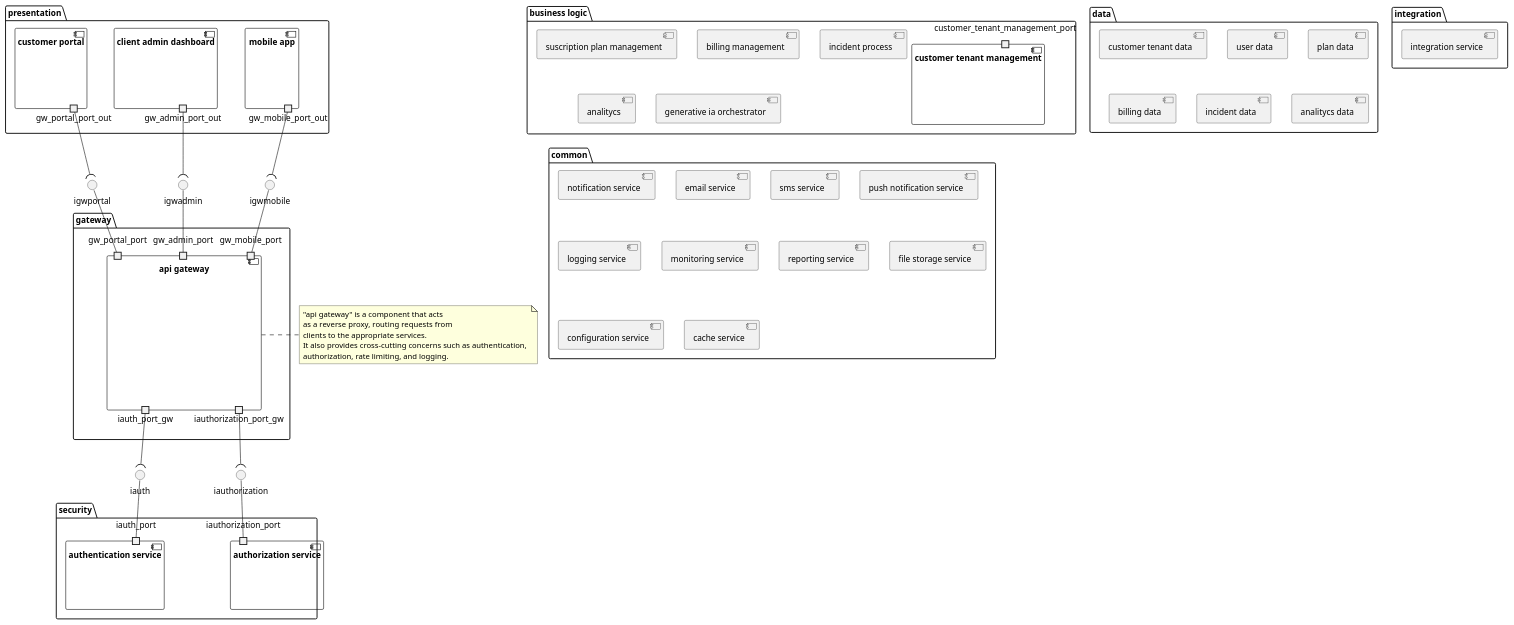
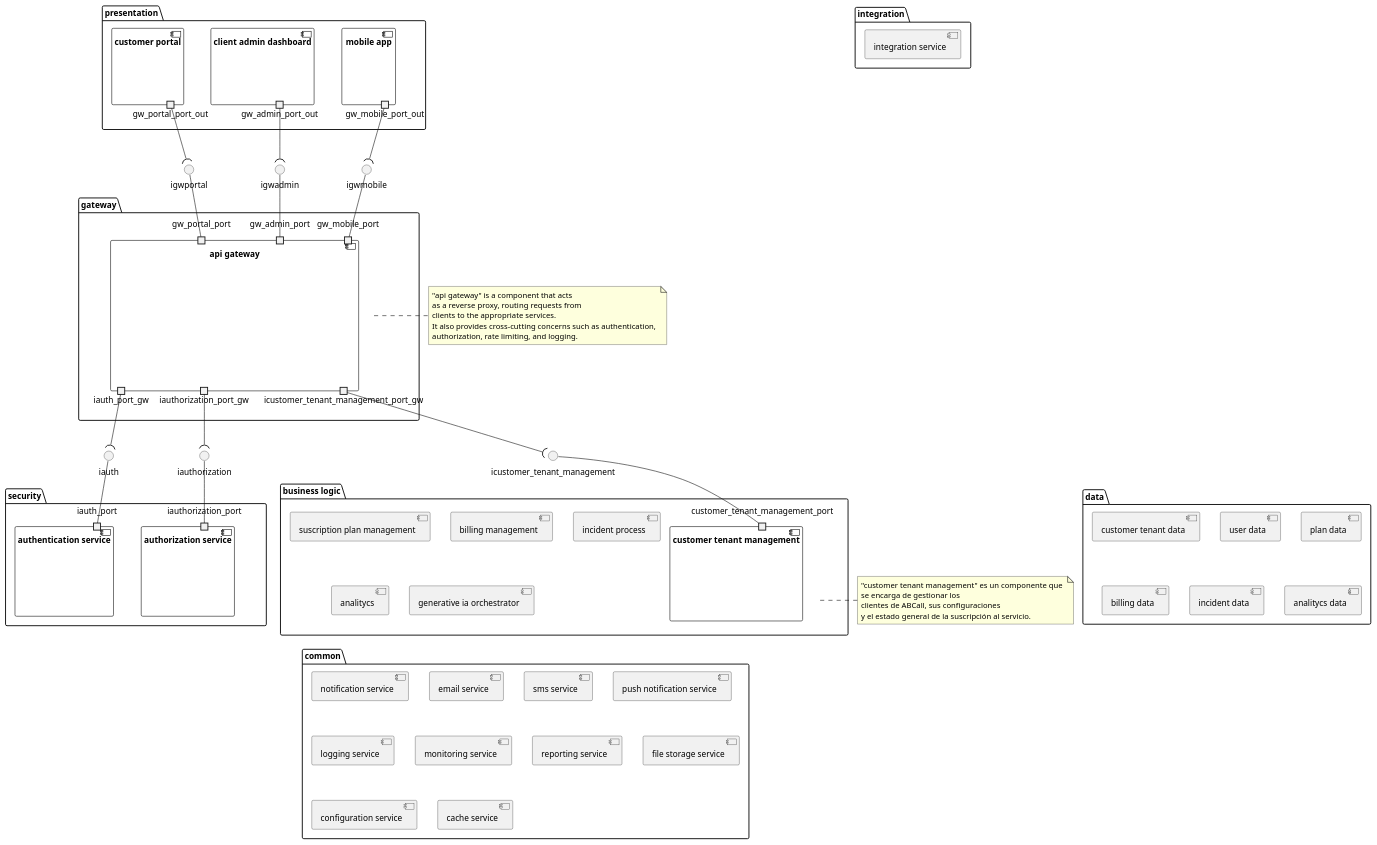
Before and after one commit to MISO-Proyecto-Final/Entregas-Proyecto-Final-G2: the diagram in diagramas-arquitectura/component-connector.puml, drawn with PlantUML.

Commit message:
icustomer_tenant_management

```diff
--- a/diagramas-arquitectura/component-connector.puml
+++ b/diagramas-arquitectura/component-connector.puml
@@ -1,100 +1,116 @@
 @startuml
 package "presentation" {
     component "customer portal"{
         portout gw_portal_port_out
     }
     component "client admin dashboard"{
         portout gw_admin_port_out
     }
     component "mobile app"{
         portout gw_mobile_port_out
     }
 }
 
 
 
 
 
 package "integration" {
     component "integration service"
 }
 
 package gateway {
     component "api gateway" {
         portin gw_portal_port
         portin gw_admin_port
         portin gw_mobile_port
         portout iauth_port_gw
         portout iauthorization_port_gw
+        portout icustomer_tenant_management_port_gw
     }
 
 }
 interface igwportal
 interface igwadmin
 interface igwmobile
 
 gw_portal_port -up- igwportal
 gw_admin_port -up- igwadmin
 gw_mobile_port -up- igwmobile
 
 gw_portal_port_out -down-( igwportal
 gw_admin_port_out -down-( igwadmin
 gw_mobile_port_out -down-( igwmobile
 note right of "api gateway" 
     "api gateway" is a component that acts 
     as a reverse proxy, routing requests from 
     clients to the appropriate services. 
     It also provides cross-cutting concerns such as authentication, 
     authorization, rate limiting, and logging.
 end note
 
 package security {
     component "authorization service"{
         port iauthorization_port
     }
     component "authentication service"{
         port iauth_port
     }
 }
 interface iauth
 iauth_port -up- iauth
 iauth_port_gw -down-( iauth
 
 interface iauthorization
 iauthorization_port -up- iauthorization
 iauthorization_port_gw -down-( iauthorization
 package "business logic" {
     component "customer tenant management"{
         portin customer_tenant_management_port
 
     }
     component "suscription plan management"
     component "billing management"
     component "incident process"
     component analitycs
     component "generative ia orchestrator"
 }
 
+
+interface icustomer_tenant_management
+customer_tenant_management_port -up- icustomer_tenant_management
+icustomer_tenant_management_port_gw -down-( icustomer_tenant_management
+
+note left of "customer tenant management"
+    "customer tenant management" es un componente que 
+    se encarga de gestionar los 
+    clientes de ABCall, sus configuraciones 
+    y el estado general de la suscripción al servicio.
+end note
+
+
+
+
 package data {
     component "customer tenant data"
     component "user data"
     component "plan data"
     component "billing data"
     component "incident data"
     component "analitycs data"
 }
 
 package common {
     component "notification service"
     component "email service"
     component "sms service"
     component "push notification service"
     component "logging service"
     component "monitoring service"
     component "reporting service"
     component "file storage service"
     component "configuration service"
     component "cache service"
 }
 
 @enduml
```
